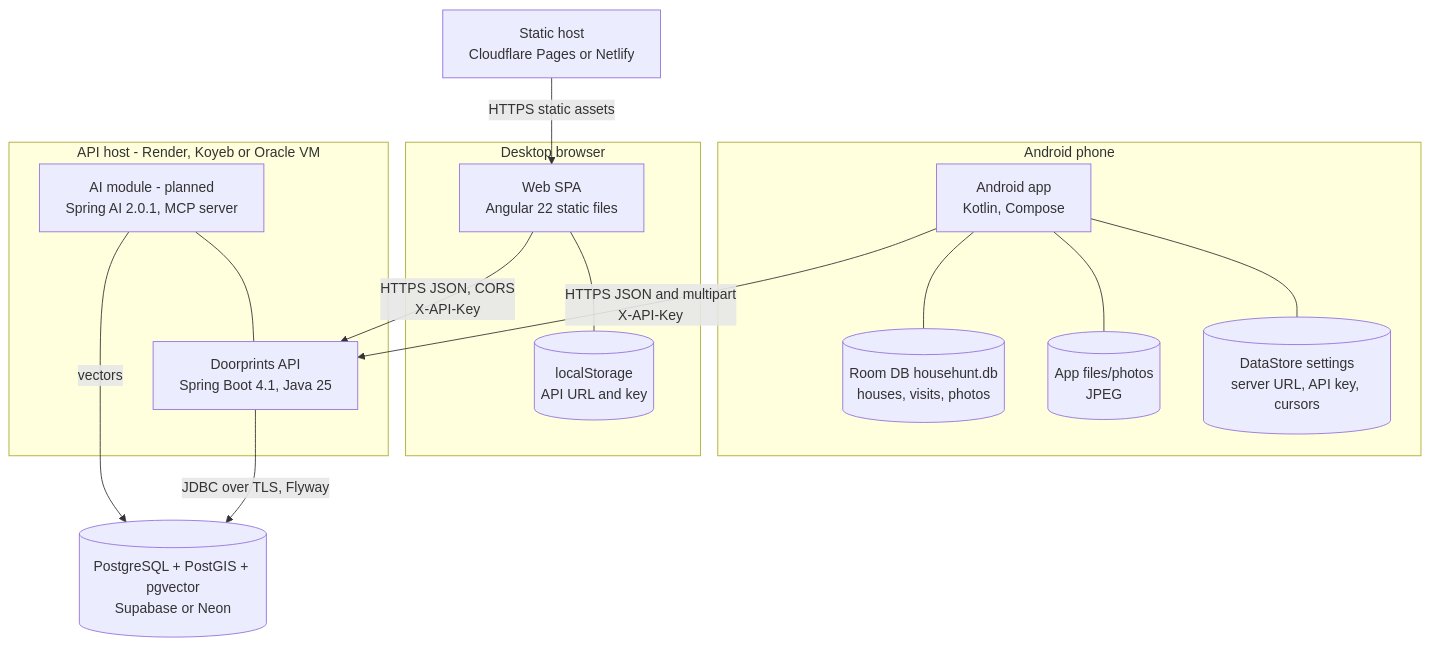
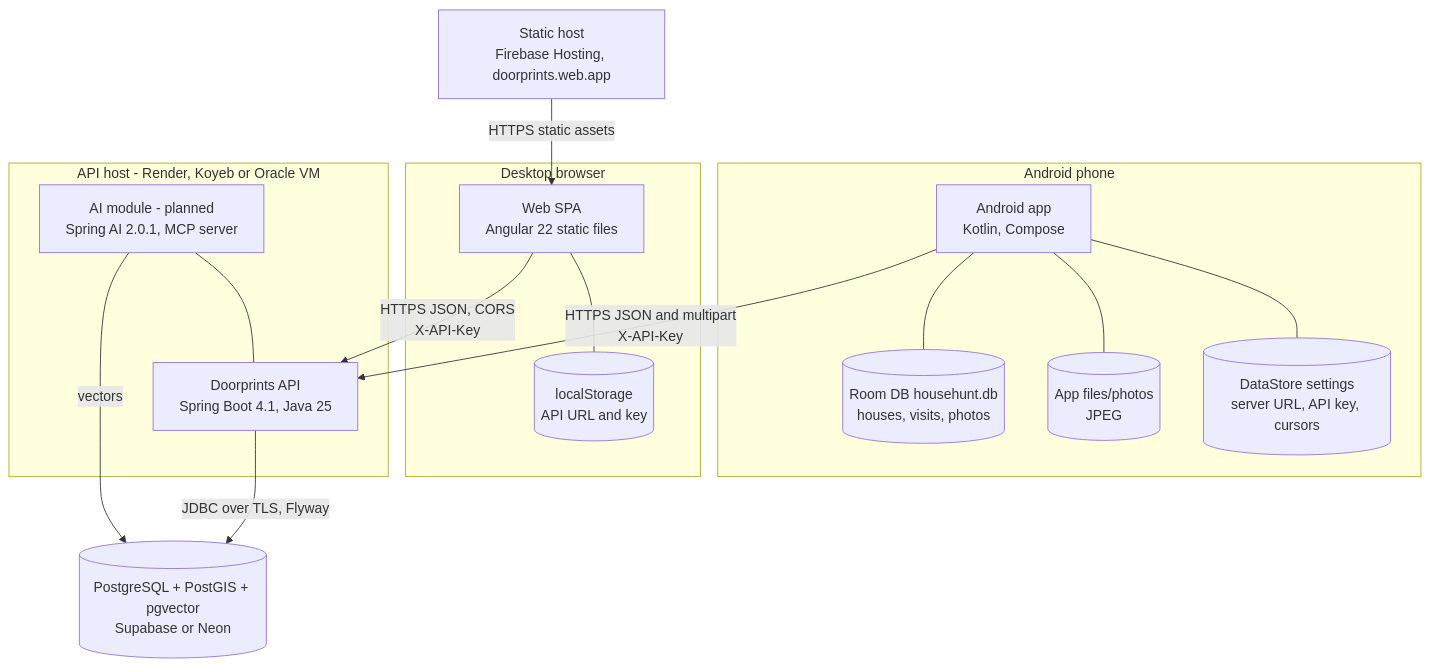
The second of 17 diagrams in docs/03-design.md (Sriram-Codes-SW/doorprints), drawn with Mermaid before and after one commit. The commit also changed other lines of this file and 17 other files, not shown here.

First line of the commit message:
docs: Sprint 4a SSDLC updates, hosting ADR (Firebase), brand/naming, import definition, design+security self-check playbooks

````diff
--- a/docs/03-design.md
+++ b/docs/03-design.md
@@ -67,29 +74,29 @@
 ```mermaid
 flowchart TB
     subgraph phone["Android phone"]
         app["Android app<br/>Kotlin, Compose"]
         room[("Room DB househunt.db<br/>houses, visits, photos")]
         files[("App files/photos<br/>JPEG")]
         ds[("DataStore settings<br/>server URL, API key, cursors")]
         app --- room
         app --- files
         app --- ds
     end
     subgraph browser["Desktop browser"]
         spa["Web SPA<br/>Angular 22 static files"]
         ls[("localStorage<br/>API URL and key")]
         spa --- ls
     end
-    cdn["Static host<br/>Cloudflare Pages or Netlify"]
+    cdn["Static host<br/>Firebase Hosting, doorprints.web.app"]
     subgraph apihost["API host - Render, Koyeb or Oracle VM"]
         api["Doorprints API<br/>Spring Boot 4.1, Java 25"]
         ai["AI module - planned<br/>Spring AI 2.0.1, MCP server"]
     end
     db[("PostgreSQL + PostGIS + pgvector<br/>Supabase or Neon")]
     cdn -->|"HTTPS static assets"| spa
     app -->|"HTTPS JSON and multipart<br/>X-API-Key"| api
     spa -->|"HTTPS JSON, CORS<br/>X-API-Key"| api
     api -->|"JDBC over TLS, Flyway"| db
     ai --- api
     ai -->|"vectors"| db
 ```
````
